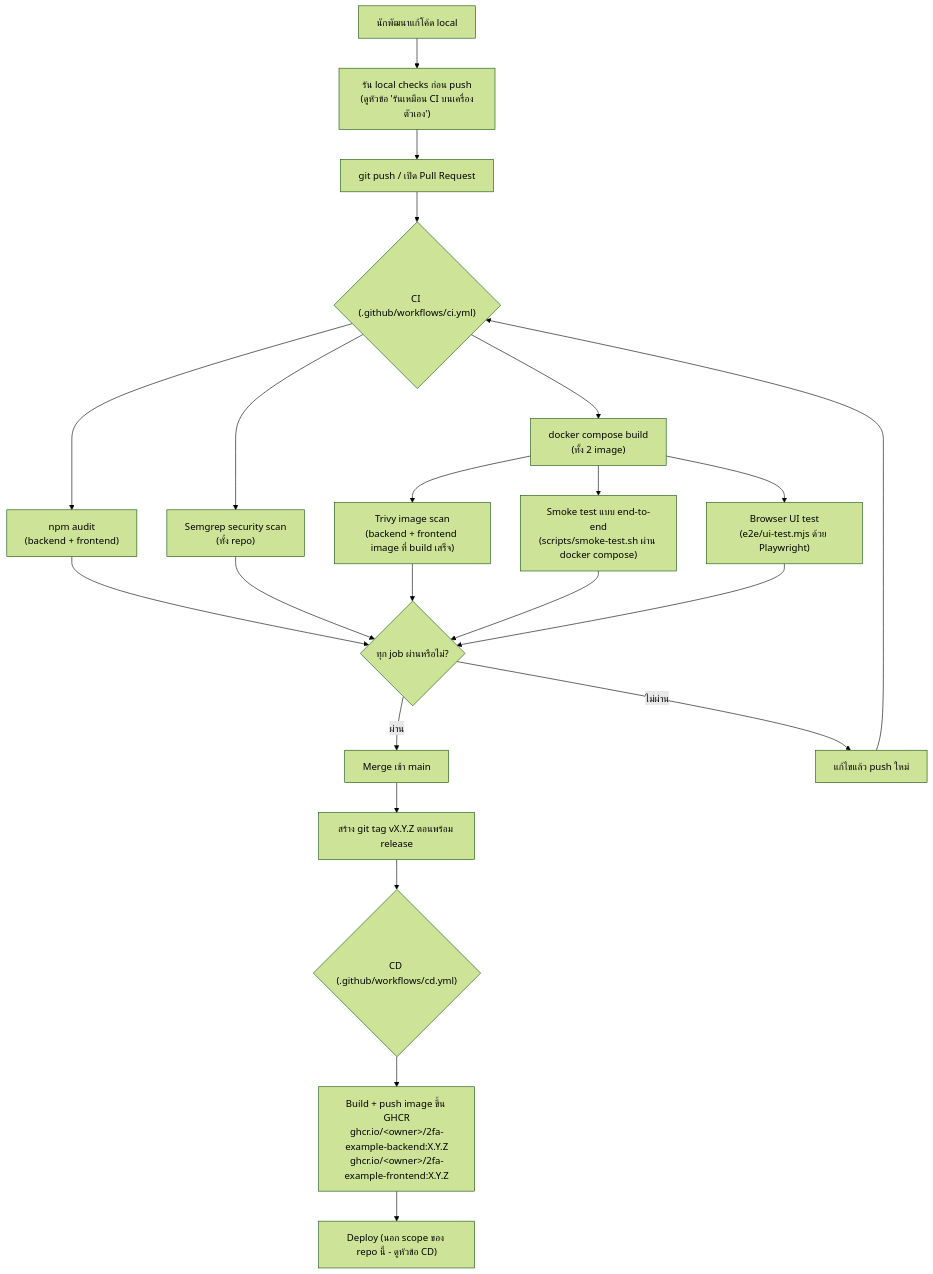
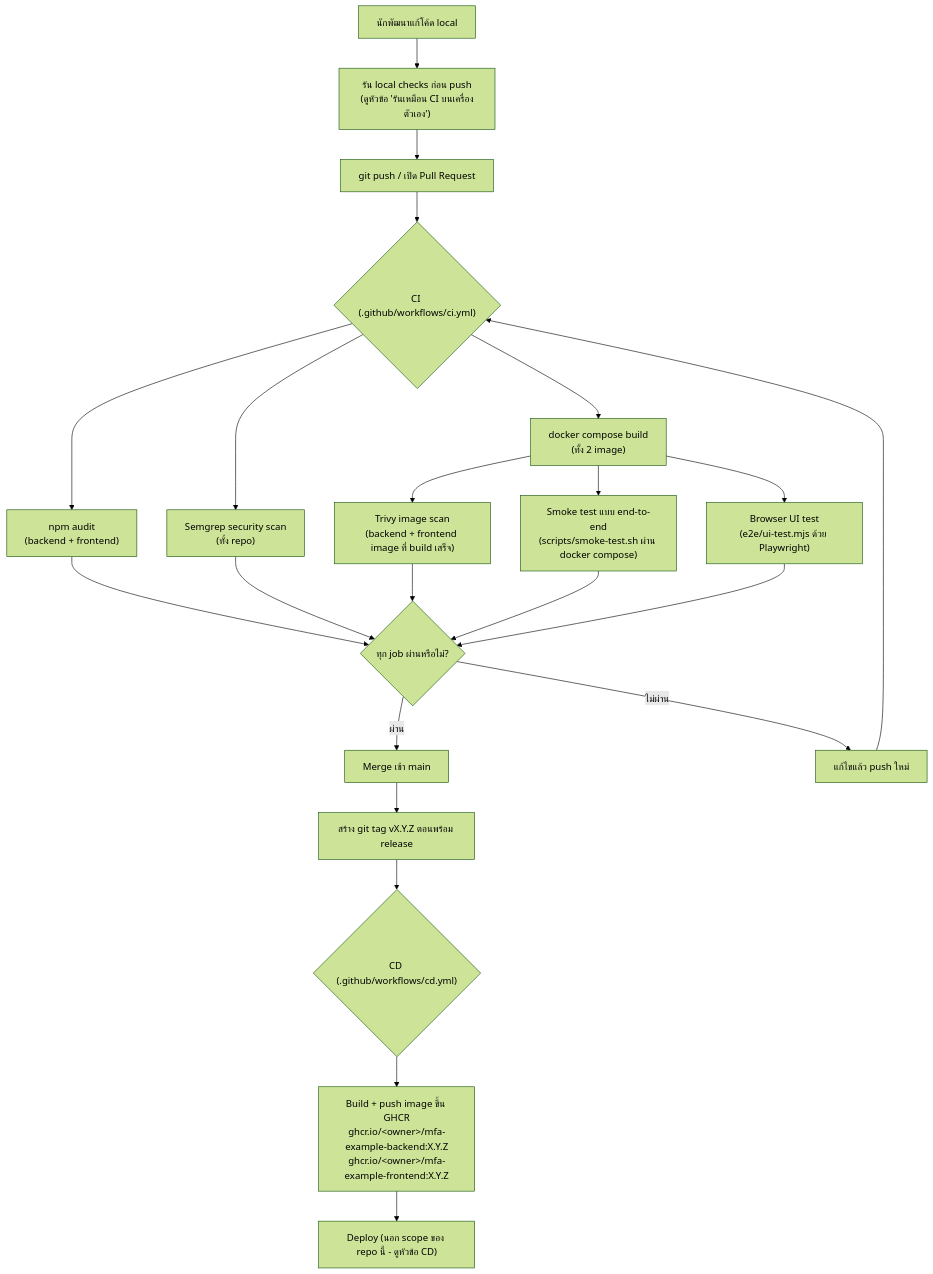
One commit to nuttkku/2FA-example-coding changed the diagram in CI-CD.md. Above: the diagram before and after it, drawn with Mermaid (forest theme). The commit also changed other lines of this file and 17 other files, not shown here.

First line of the commit message:
Rename project from 2FA Example to MFA Example

````diff
--- a/CI-CD.md
+++ b/CI-CD.md
@@ -11,28 +11,28 @@
 ```mermaid
 flowchart TD
     Dev["นักพัฒนาแก้โค้ด local"] --> Local["รัน local checks ก่อน push<br/>(ดูหัวข้อ 'รันเหมือน CI บนเครื่องตัวเอง')"]
     Local --> Push["git push / เปิด Pull Request"]
 
     Push --> CI{"CI (.github/workflows/ci.yml)"}
     CI --> Audit["npm audit<br/>(backend + frontend)"]
     CI --> Scan["Semgrep security scan<br/>(ทั้ง repo)"]
     CI --> Build["docker compose build<br/>(ทั้ง 2 image)"]
     Build --> ImageScan["Trivy image scan<br/>(backend + frontend image ที่ build เสร็จ)"]
     Build --> Smoke["Smoke test แบบ end-to-end<br/>(scripts/smoke-test.sh ผ่าน docker compose)"]
     Build --> UI["Browser UI test<br/>(e2e/ui-test.mjs ด้วย Playwright)"]
 
     Audit --> Gate{"ทุก job ผ่านหรือไม่?"}
     Scan --> Gate
     ImageScan --> Gate
     Smoke --> Gate
     UI --> Gate
 
     Gate -->|ผ่าน| Merge["Merge เข้า main"]
     Gate -->|ไม่ผ่าน| Fix["แก้ไขแล้ว push ใหม่"]
     Fix --> CI
 
     Merge --> Tag["สร้าง git tag vX.Y.Z ตอนพร้อม release"]
     Tag --> CD{"CD (.github/workflows/cd.yml)"}
-    CD --> Publish["Build + push image ขึ้น GHCR<br/>ghcr.io/&lt;owner&gt;/2fa-example-backend:X.Y.Z<br/>ghcr.io/&lt;owner&gt;/2fa-example-frontend:X.Y.Z"]
+    CD --> Publish["Build + push image ขึ้น GHCR<br/>ghcr.io/&lt;owner&gt;/mfa-example-backend:X.Y.Z<br/>ghcr.io/&lt;owner&gt;/mfa-example-frontend:X.Y.Z"]
     Publish --> Deploy["Deploy (นอก scope ของ repo นี้ - ดูหัวข้อ CD)"]
 ```
````
